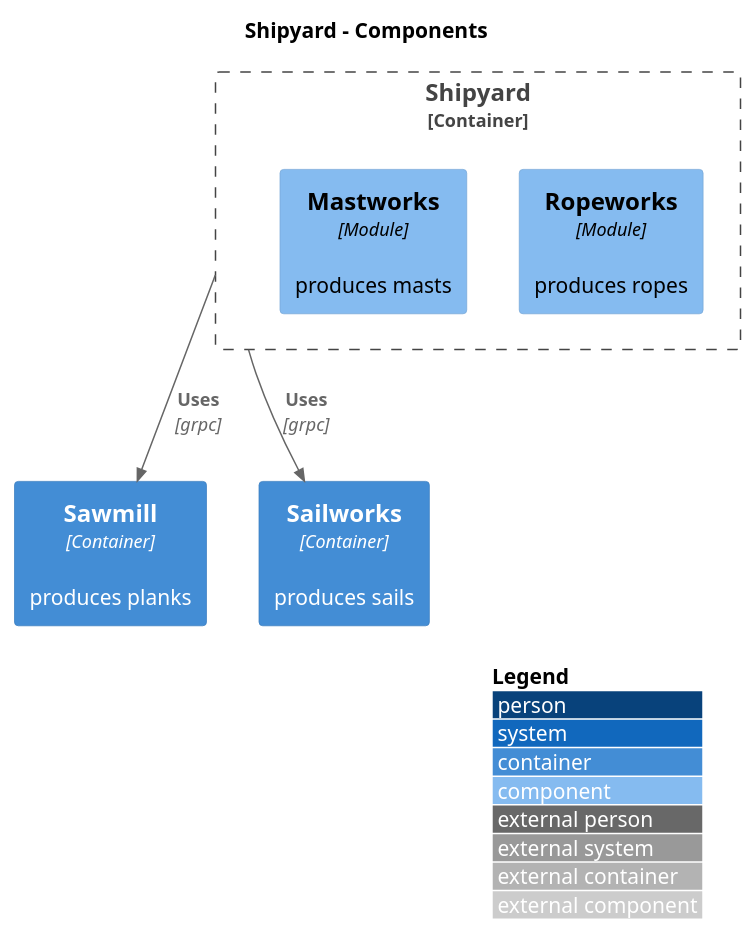
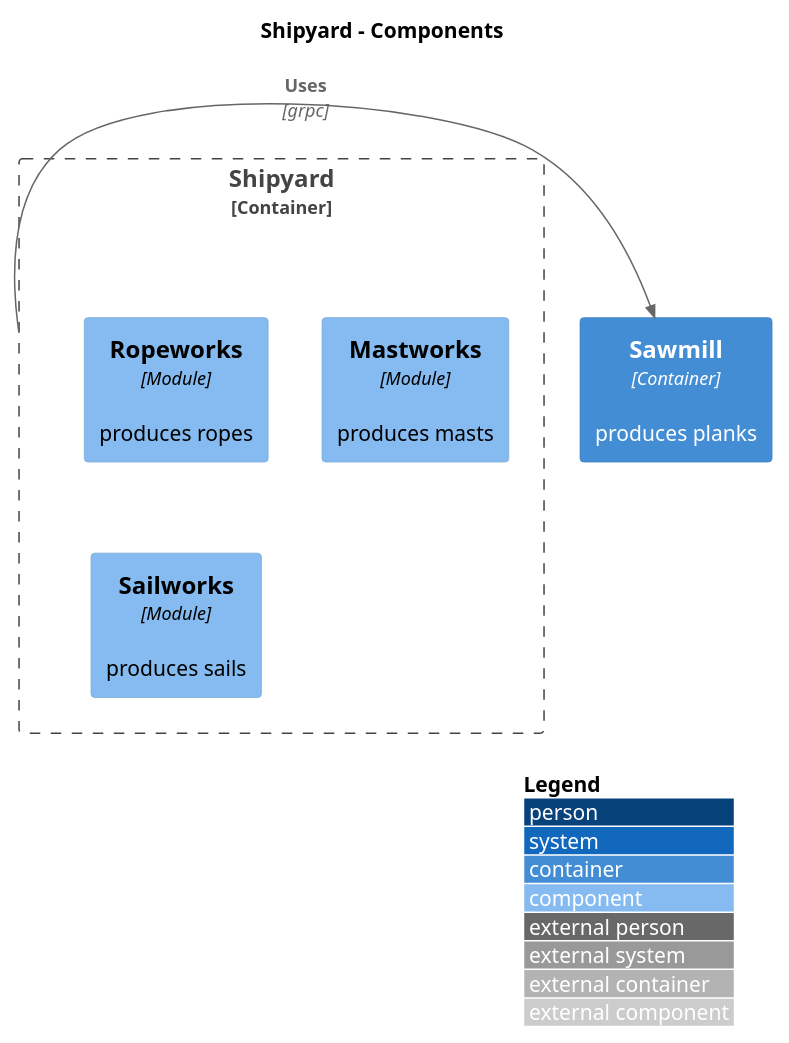
Before and after one commit to mateuszmidor/GoStudy: the diagram in modular-monolith/docs/C4_Component.puml, drawn with PlantUML. The commit also changed 21 other files, not shown here.

Commit message:
extract sawmill as grpc service

```diff
--- a/modular-monolith/docs/C4_Component.puml
+++ b/modular-monolith/docs/C4_Component.puml
@@ -1,16 +1,15 @@
 @startuml
 !include https://raw.githubusercontent.com/plantuml-stdlib/C4-PlantUML/master/C4_Component.puml
 
 LAYOUT_WITH_LEGEND()
 
 title Shipyard - Components
 
 Container_Boundary(Shipyard, "Shipyard") {
     Component(ropeworks, "Ropeworks", "Module", "produces ropes")
     Component(mastworks, "Mastworks", "Module", "produces masts")
+    Component(sailworks, "Sailworks", "Module", "produces sails")
 }
 Container(Sawmill, "Sawmill", "Container", "produces planks")
-Container(Sailworks, "Sailworks", "Container", "produces sails")
-Rel_D(Shipyard, Sawmill, "Uses", "grpc")
-Rel_D(Shipyard, Sailworks, "Uses", "grpc")
+Rel_Neighbor(Shipyard, Sawmill, "Uses", "grpc")
 @enduml
```
